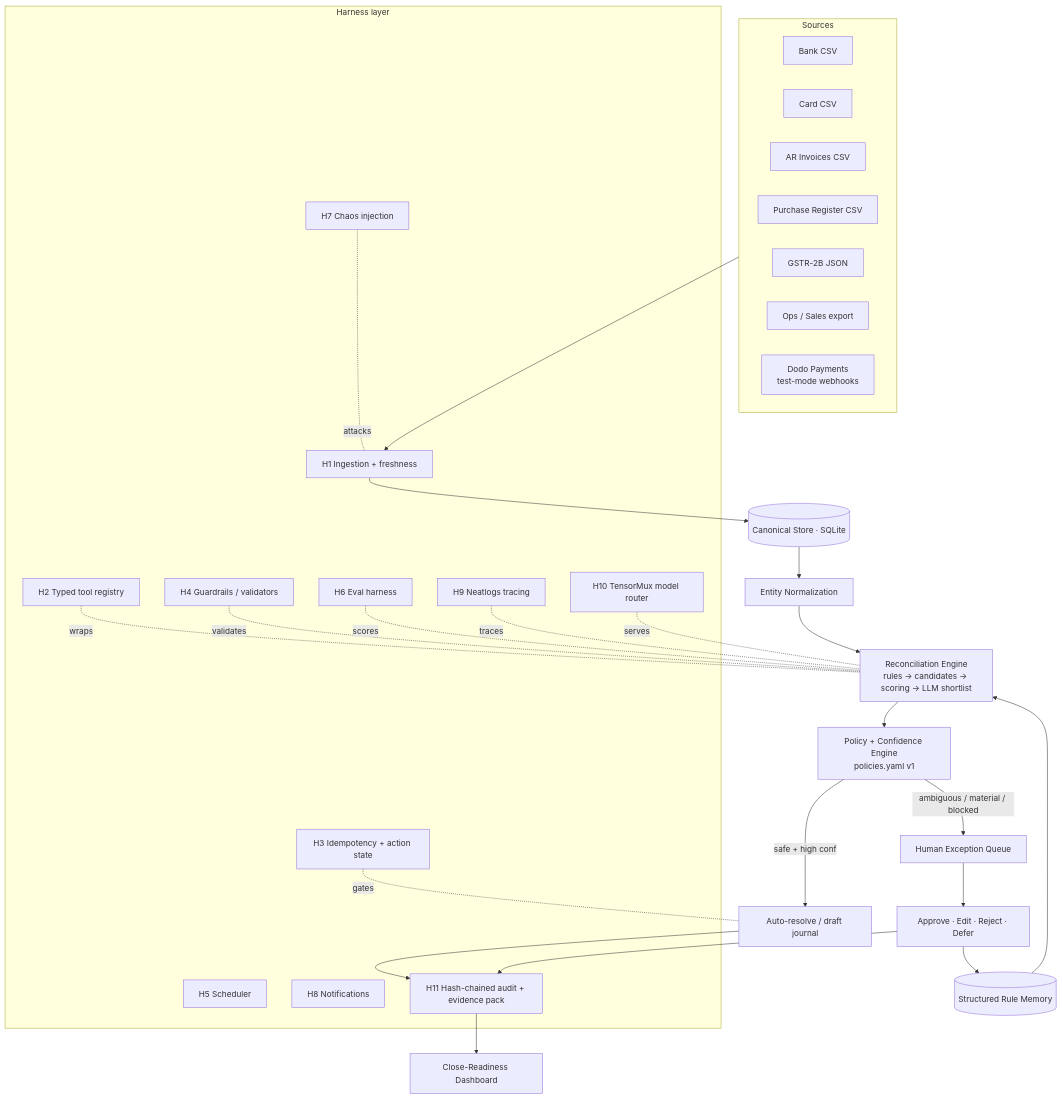
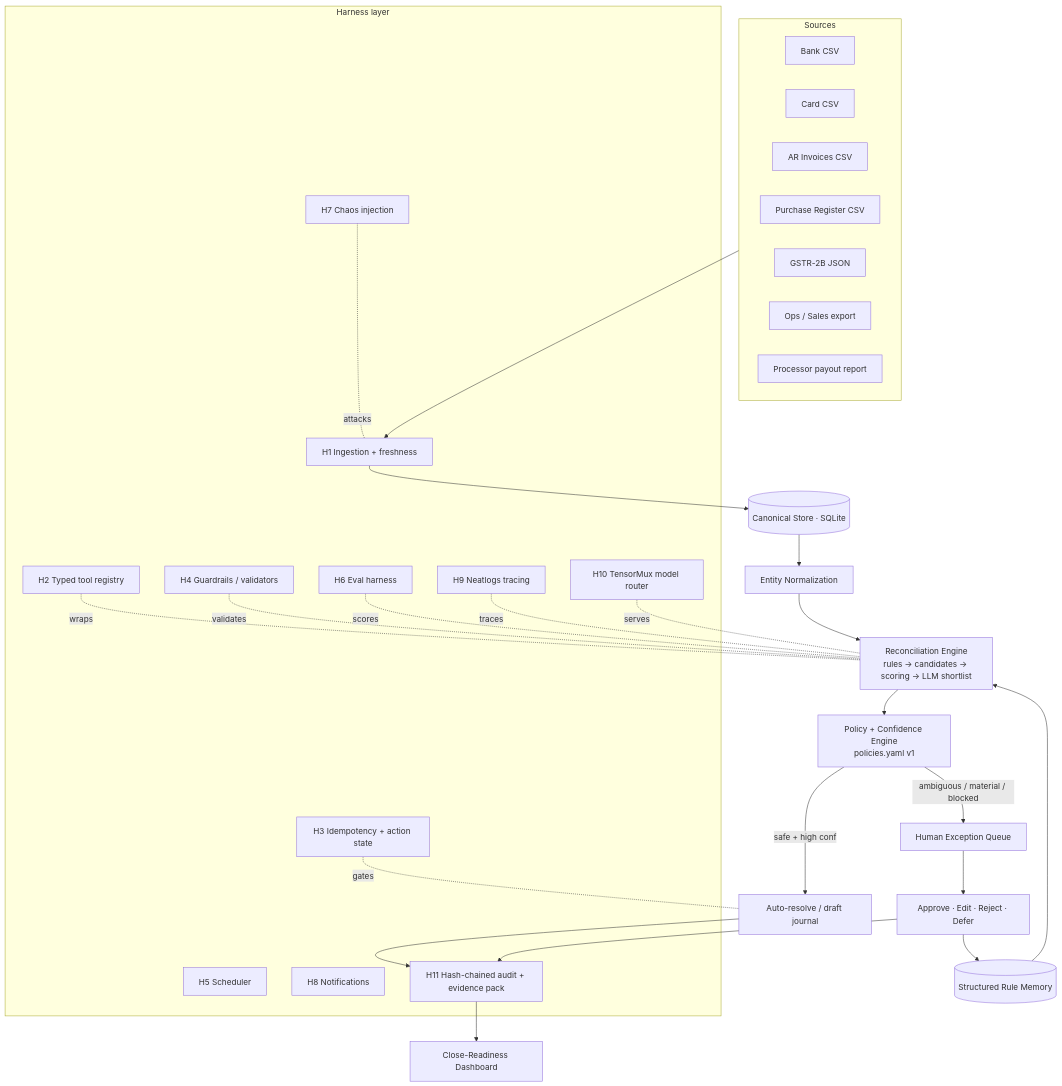
One commit to PrabhatChandraDwivedi/syndicateHackathon changed the first of 2 diagrams in ARCHITECTURE.md. Above: the diagram before and after it, drawn with Mermaid. The commit also changed other lines of this file and 2 other files, not shown here.

````diff
--- a/ARCHITECTURE.md
+++ b/ARCHITECTURE.md
@@ -71,49 +72,49 @@
 ```mermaid
 flowchart TB
     subgraph SRC["Sources"]
       S1[Bank CSV]
       S2[Card CSV]
       S3[AR Invoices CSV]
       S4[Purchase Register CSV]
       S5[GSTR-2B JSON]
       S6[Ops / Sales export]
-      S7["Dodo Payments<br/>test-mode webhooks"]
+      S7["Processor payout report"]
     end
 
     subgraph HARNESS["Harness layer"]
       ING[H1 Ingestion + freshness]
       TOOL[H2 Typed tool registry]
       IDEM[H3 Idempotency + action state]
       GUARD[H4 Guardrails / validators]
       SCHED[H5 Scheduler]
       EVAL[H6 Eval harness]
       CHAOS[H7 Chaos injection]
       NOTIF[H8 Notifications]
       OBS[H9 Neatlogs tracing]
       LLM[H10 TensorMux model router]
       AUD[H11 Hash-chained audit + evidence pack]
     end
 
     SRC --> ING --> CAN[(Canonical Store · SQLite)]
 
     CAN --> NORM[Entity Normalization]
     NORM --> ENG[Reconciliation Engine<br/>rules → candidates → scoring → LLM shortlist]
     MEM[(Structured Rule Memory)] --> ENG
     ENG --> POL[Policy + Confidence Engine<br/>policies.yaml v1]
 
     POL -->|safe + high conf| AUTO[Auto-resolve / draft journal]
     POL -->|ambiguous / material / blocked| HQ[Human Exception Queue]
     HQ --> DEC[Approve · Edit · Reject · Defer]
     DEC --> MEM
     AUTO --> AUD
     DEC --> AUD
     AUD --> CLOSE[Close-Readiness Dashboard]
 
     TOOL -.wraps.- ENG
     GUARD -.validates.- ENG
     LLM -.serves.- ENG
     OBS -.traces.- ENG
     IDEM -.gates.- AUTO
     EVAL -.scores.- ENG
     CHAOS -.attacks.- ING
 ```
````
